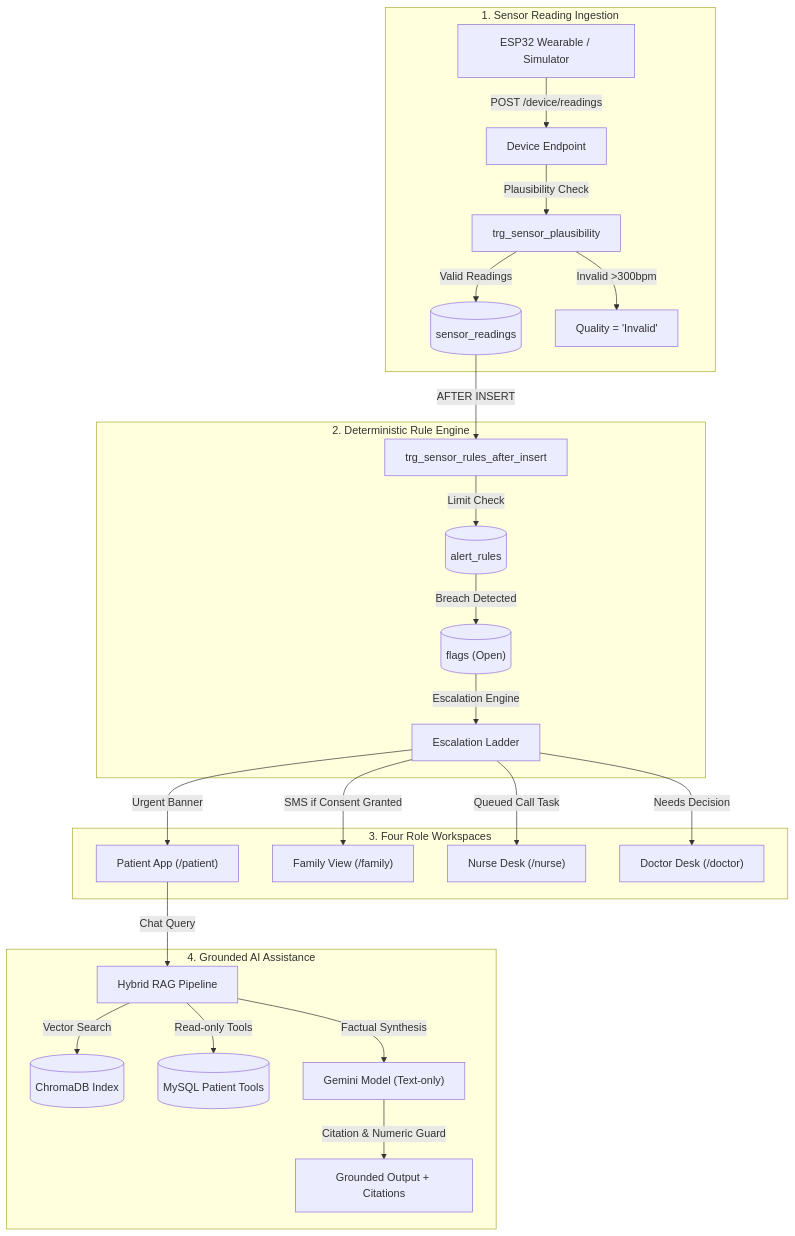
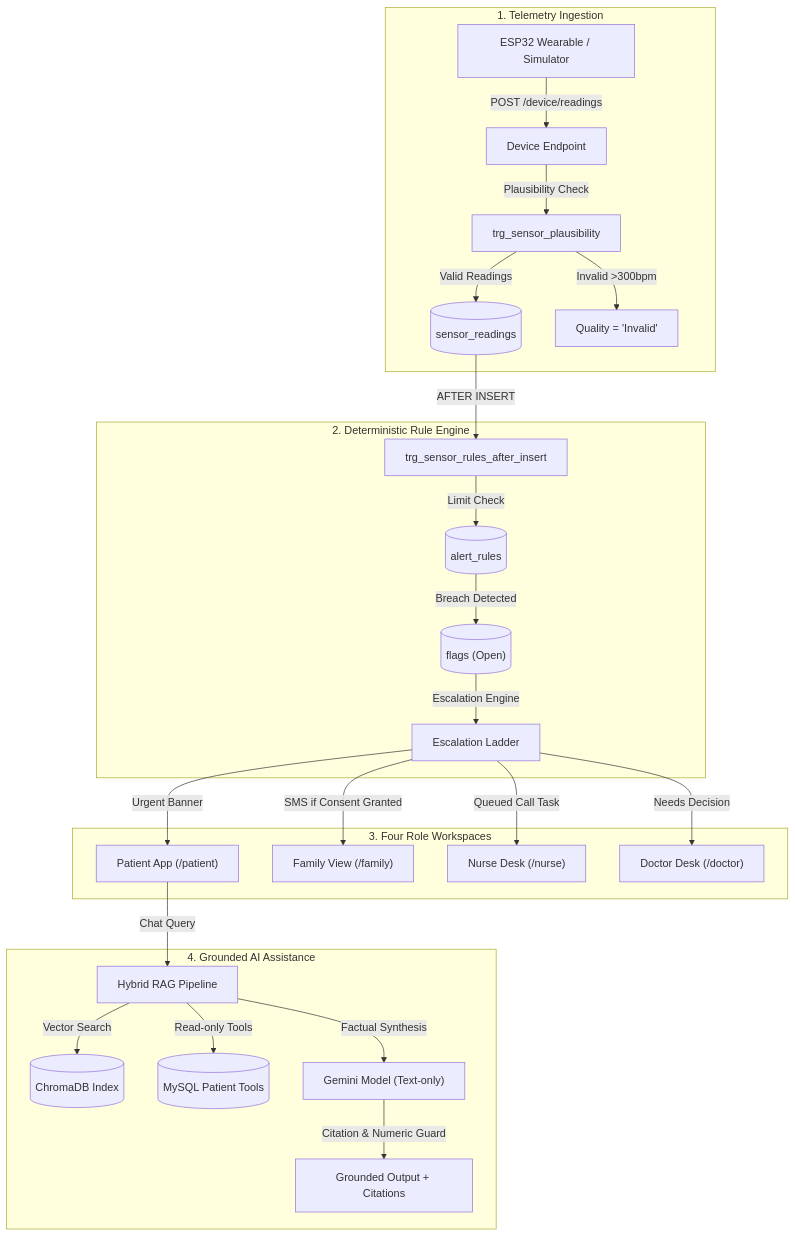
The first of 2 diagrams in PROJECT_GUIDE.md (yugantverma0009/Careloop), drawn with Mermaid before and after one commit. The commit also changed other lines of this file and 31 other files, not shown here.

````diff
--- a/PROJECT_GUIDE.md
+++ b/PROJECT_GUIDE.md
@@ -61,31 +36,31 @@
 ```mermaid
 flowchart TD
-    subgraph EdgeDevice["1. Sensor Reading Ingestion"]
+    subgraph EdgeDevice["1. Telemetry Ingestion"]
         ESP32["ESP32 Wearable / Simulator"] -->|POST /device/readings| DevIngest["Device Endpoint"]
         DevIngest -->|Plausibility Check| PlausTrigger["trg_sensor_plausibility"]
         PlausTrigger -->|Valid Readings| SensorDB[("sensor_readings")]
         PlausTrigger -->|Invalid >300bpm| FilterNote["Quality = 'Invalid'"]
     end
 
     subgraph DatabaseEngine["2. Deterministic Rule Engine"]
         SensorDB -->|AFTER INSERT| RuleTrigger["trg_sensor_rules_after_insert"]
         RuleTrigger -->|Limit Check| AlertRules[("alert_rules")]
         AlertRules -->|Breach Detected| FlagsDB[("flags (Open)")]
         FlagsDB -->|Escalation Engine| Ladder["Escalation Ladder"]
     end
 
     subgraph Portals["3. Four Role Workspaces"]
         Ladder -->|Urgent Banner| PatientPortal["Patient App (/patient)"]
         Ladder -->|SMS if Consent Granted| FamilyPortal["Family View (/family)"]
         Ladder -->|Queued Call Task| NurseDesk["Nurse Desk (/nurse)"]
         Ladder -->|Needs Decision| DoctorDesk["Doctor Desk (/doctor)"]
     end
 
     subgraph GroundedAI["4. Grounded AI Assistance"]
         PatientPortal -->|Chat Query| RAG["Hybrid RAG Pipeline"]
         RAG -->|Vector Search| ChromaDB[("ChromaDB Index")]
         RAG -->|Read-only Tools| MySQLTools[("MySQL Patient Tools")]
         RAG -->|Factual Synthesis| LLM["Gemini Model (Text-only)"]
         LLM -->|Citation & Numeric Guard| GuardedAnswer["Grounded Output + Citations"]
     end
 ```
````
